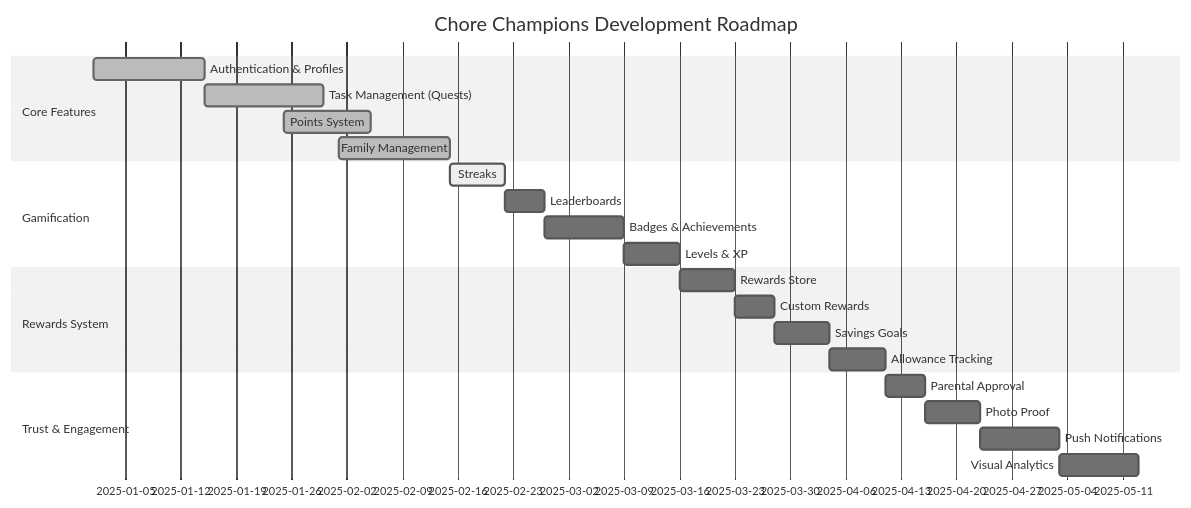
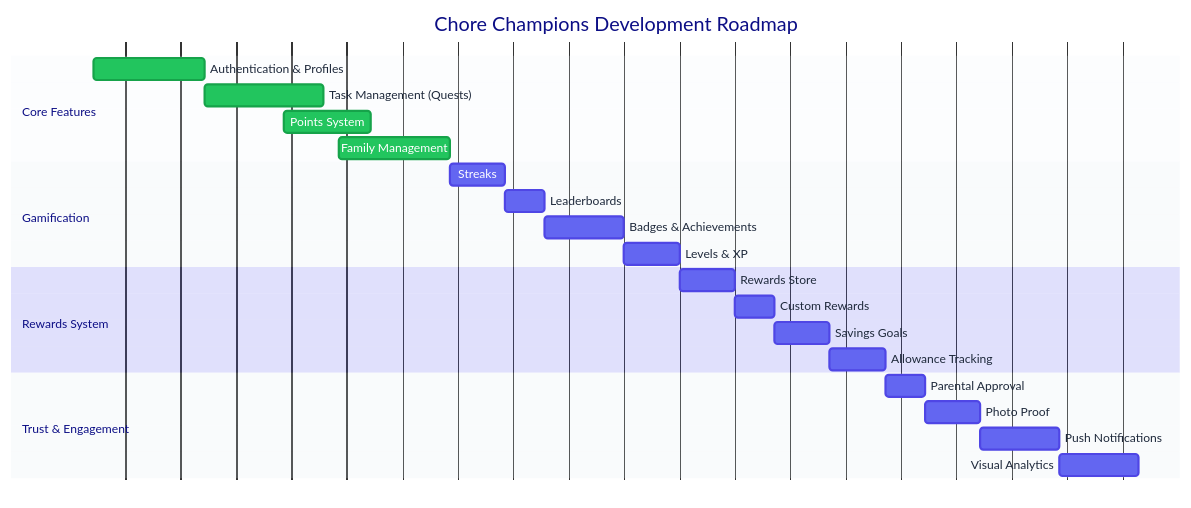
One commit to anisha-agarwal/chore-champions changed the sixth of 6 diagrams in README.md. Above: the diagram before and after it, drawn with Mermaid. The commit also changed other lines of this file and 2 other files, not shown here.

First line of the commit message:
Improve Mermaid diagram contrast for dark mode

````diff
--- a/README.md
+++ b/README.md
@@ -228,30 +228,30 @@
 ```mermaid
-%%{init: {'theme': 'neutral'}}%%
+%%{init: {'theme': 'base', 'themeVariables': {'primaryColor': '#6366f1', 'primaryTextColor': '#fff', 'primaryBorderColor': '#4f46e5', 'lineColor': '#64748b', 'sectionBkgColor': '#f1f5f9', 'altSectionBkgColor': '#e2e8f0', 'gridColor': '#94a3b8', 'todayLineColor': '#ef4444', 'taskTextColor': '#fff', 'taskTextOutsideColor': '#1e293b', 'doneTaskBkgColor': '#22c55e', 'doneTaskBorderColor': '#16a34a', 'activeTaskBkgColor': '#6366f1', 'activeTaskBorderColor': '#4f46e5'}}}%%
 gantt
     title Chore Champions Development Roadmap
     dateFormat YYYY-MM-DD
 
     section Core Features
     Authentication & Profiles     :done, auth, 2025-01-01, 2025-01-15
     Task Management (Quests)      :done, tasks, 2025-01-15, 2025-01-30
     Points System                 :done, points, 2025-01-25, 2025-02-05
     Family Management             :done, family, 2025-02-01, 2025-02-15
 
     section Gamification
     Streaks                       :active, streaks, 2025-02-15, 7d
     Leaderboards                  :leaderboard, after streaks, 5d
     Badges & Achievements         :badges, after leaderboard, 10d
     Levels & XP                   :levels, after badges, 7d
 
     section Rewards System
     Rewards Store                 :store, after levels, 7d
     Custom Rewards                :custom, after store, 5d
     Savings Goals                 :savings, after custom, 7d
     Allowance Tracking            :allowance, after savings, 7d
 
     section Trust & Engagement
     Parental Approval             :approval, after allowance, 5d
     Photo Proof                   :photo, after approval, 7d
     Push Notifications            :notif, after photo, 10d
     Visual Analytics              :analytics, after notif, 10d
 ```
````
